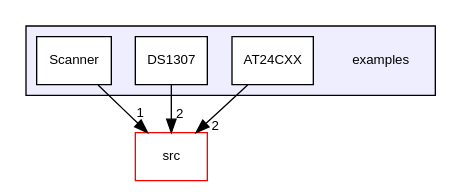
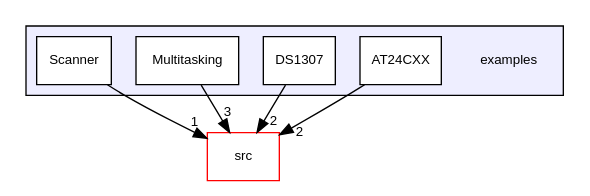
Before and after one commit to mikaelpatel/mikaelpatel.github.io: the diagram in Arduino-TWI/dir_d28a4824dc47e487b107a5db32ef43c4_dep.dot, drawn with Graphviz. The commit also changed 170 other files, not shown here.

```diff
--- a/Arduino-TWI/dir_d28a4824dc47e487b107a5db32ef43c4_dep.dot
+++ b/Arduino-TWI/dir_d28a4824dc47e487b107a5db32ef43c4_dep.dot
@@ -1,16 +1,18 @@
 digraph "examples" {
   compound=true
   node [ fontsize="10", fontname="Helvetica"];
   edge [ labelfontsize="10", labelfontname="Helvetica"];
   subgraph clusterdir_d28a4824dc47e487b107a5db32ef43c4 {
     graph [ bgcolor="#eeeeff", pencolor="black", label="" URL="dir_d28a4824dc47e487b107a5db32ef43c4.html"];
     dir_d28a4824dc47e487b107a5db32ef43c4 [shape=plaintext label="examples"];
     dir_7e51cd7d841741368f981a2ecfabe101 [shape=box label="AT24CXX" color="black" fillcolor="white" style="filled" URL="dir_7e51cd7d841741368f981a2ecfabe101.html"];
     dir_faa9290d4d64a2955aa167816f87e773 [shape=box label="DS1307" color="black" fillcolor="white" style="filled" URL="dir_faa9290d4d64a2955aa167816f87e773.html"];
+    dir_9d1ac6d2c56f315ba658052f58d8b4c2 [shape=box label="Multitasking" color="black" fillcolor="white" style="filled" URL="dir_9d1ac6d2c56f315ba658052f58d8b4c2.html"];
     dir_3c255463df23486bbba0dcefb1196b0f [shape=box label="Scanner" color="black" fillcolor="white" style="filled" URL="dir_3c255463df23486bbba0dcefb1196b0f.html"];
   }
   dir_68267d1309a1af8e8297ef4c3efbcdba [shape=box label="src" fillcolor="white" style="filled" color="red" URL="dir_68267d1309a1af8e8297ef4c3efbcdba.html"];
-  dir_7e51cd7d841741368f981a2ecfabe101->dir_68267d1309a1af8e8297ef4c3efbcdba [headlabel="2", labeldistance=1.5 headhref="dir_000001_000004.html"];
-  dir_faa9290d4d64a2955aa167816f87e773->dir_68267d1309a1af8e8297ef4c3efbcdba [headlabel="2", labeldistance=1.5 headhref="dir_000002_000004.html"];
-  dir_3c255463df23486bbba0dcefb1196b0f->dir_68267d1309a1af8e8297ef4c3efbcdba [headlabel="1", labeldistance=1.5 headhref="dir_000003_000004.html"];
+  dir_9d1ac6d2c56f315ba658052f58d8b4c2->dir_68267d1309a1af8e8297ef4c3efbcdba [headlabel="3", labeldistance=1.5 headhref="dir_000003_000005.html"];
+  dir_7e51cd7d841741368f981a2ecfabe101->dir_68267d1309a1af8e8297ef4c3efbcdba [headlabel="2", labeldistance=1.5 headhref="dir_000001_000005.html"];
+  dir_faa9290d4d64a2955aa167816f87e773->dir_68267d1309a1af8e8297ef4c3efbcdba [headlabel="2", labeldistance=1.5 headhref="dir_000002_000005.html"];
+  dir_3c255463df23486bbba0dcefb1196b0f->dir_68267d1309a1af8e8297ef4c3efbcdba [headlabel="1", labeldistance=1.5 headhref="dir_000004_000005.html"];
 }
```
